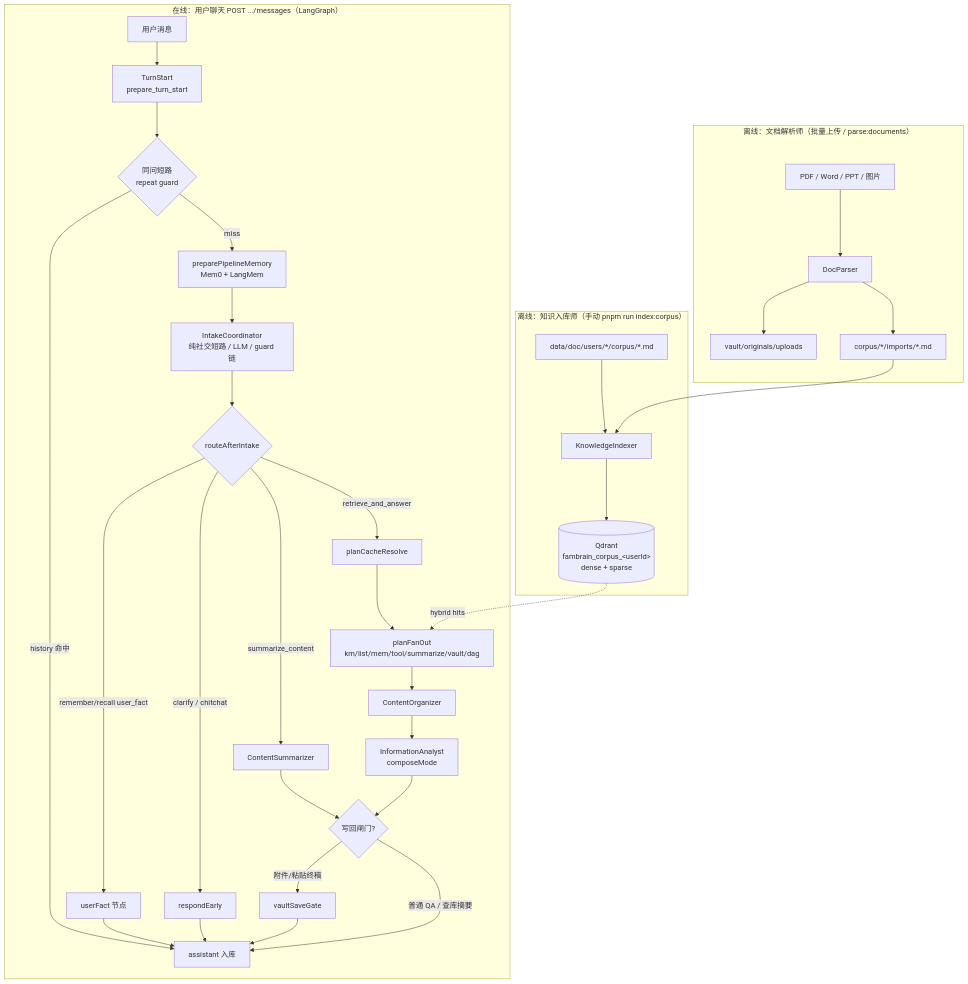
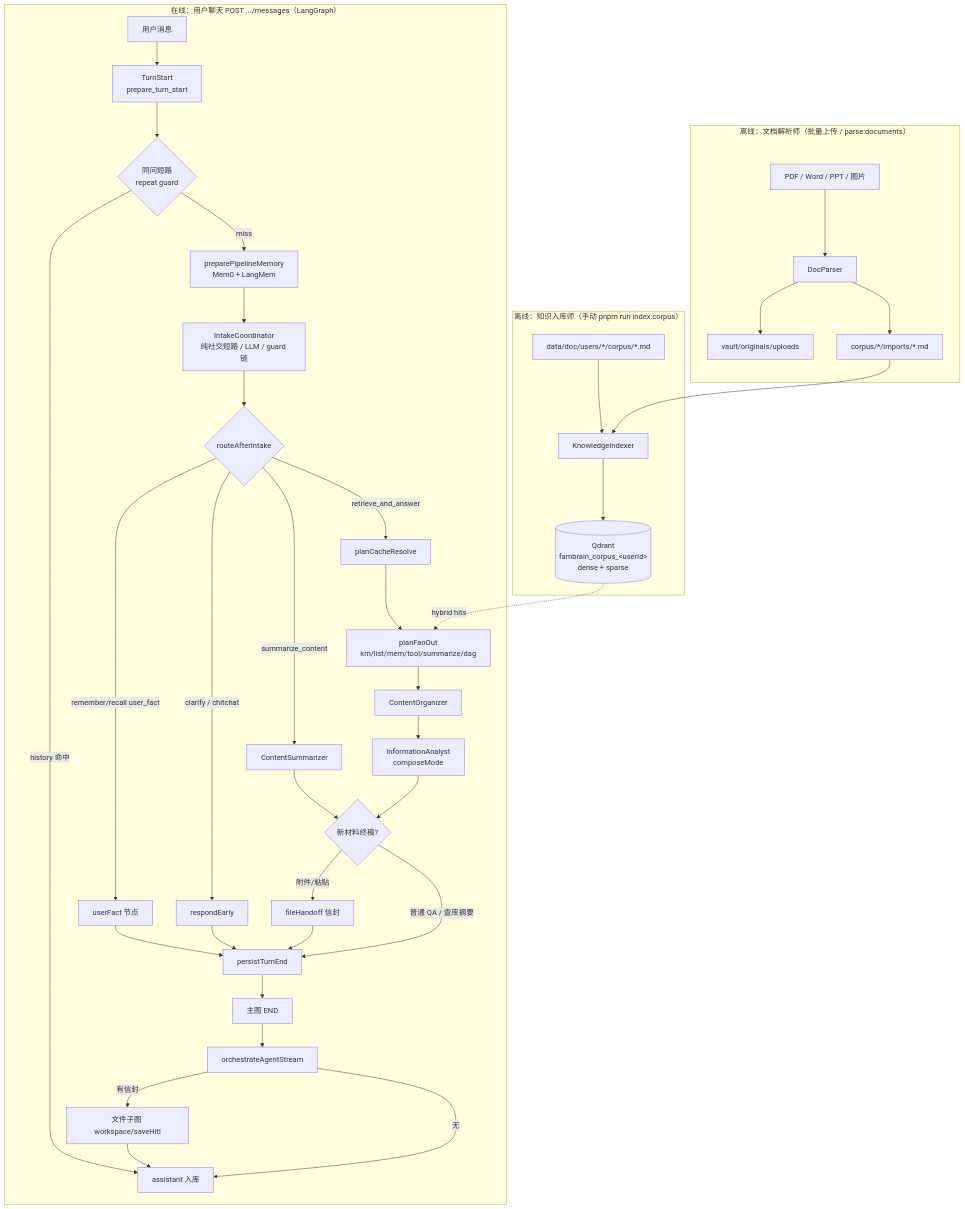
One commit to panzhanfei/agent changed the first of 12 diagrams in docs/02-agent-flows.md. Above: the diagram before and after it, drawn with Mermaid. The commit also changed other lines of this file and 111 other files, not shown here.

First line of the commit message:
文件 HITL 改成主图结束后的平级子线（sideline/file + FileJob）

````diff
--- a/docs/02-agent-flows.md
+++ b/docs/02-agent-flows.md
@@ -63,45 +65,50 @@
 ```mermaid
 flowchart TB
   subgraph offline ["离线：知识入库师（手动 pnpm run index:corpus）"]
     MD["data/doc/users/*/corpus/*.md"]
     KI["KnowledgeIndexer"]
     QD[("Qdrant<br/>fambrain_corpus_&lt;userId&gt;<br/>dense + sparse")]
     MD --> KI --> QD
   end
 
   subgraph ingest ["离线：文档解析师（批量上传 / parse:documents）"]
     UP["PDF / Word / PPT / 图片"]
     DP["DocParser"]
     VAULT["vault/originals/uploads"]
     IMP["corpus/*/imports/*.md"]
     UP --> DP
     DP --> VAULT
     DP --> IMP
     IMP --> KI
   end
 
   subgraph online ["在线：用户聊天 POST .../messages（LangGraph）"]
     U[用户消息] --> PT[TurnStart<br/>prepare_turn_start]
     PT --> REP{同问短路<br/>repeat guard}
     REP -->|history 命中| OUT[assistant 流式输出]
     REP -->|miss| MEM["preparePipelineMemory<br/>Mem0 + LangMem"]
     MEM --> IC[IntakeCoordinator<br/>纯社交短路 / LLM / guard 链]
     IC --> P{routeAfterIntake}
     P -->|remember/recall user_fact| UF[userFact 节点]
     P -->|clarify / chitchat| R1[respondEarly]
     P -->|summarize_content| SUM[ContentSummarizer]
     P -->|retrieve_and_answer| PCR[planCacheResolve]
-    PCR --> PE[planFanOut<br/>km/list/mem/tool/summarize/vault/dag]
+    PCR --> PE[planFanOut<br/>km/list/mem/tool/summarize/dag]
     PE --> CO[ContentOrganizer]
     CO --> IA[InformationAnalyst<br/>composeMode]
-    IA --> GATE{写回闸门?}
+    IA --> GATE{新材料终稿?}
     SUM --> GATE
-    GATE -->|附件/粘贴终稿| VSG[vaultSaveGate]
-    GATE -->|普通 QA / 查库摘要| OUT[assistant 入库]
-    VSG --> OUT
-    UF --> OUT
-    R1 --> OUT
+    GATE -->|附件/粘贴| FH[fileHandoff 信封]
+    GATE -->|普通 QA / 查库摘要| PST[persistTurnEnd]
+    FH --> PST
+    UF --> PST
+    R1 --> PST
+    PST --> END_MAIN[主图 END]
+    END_MAIN --> RT[orchestrateAgentStream]
+    RT -->|有信封| FG[文件子图 workspace/saveHitl]
+    RT -->|无| OUT[assistant 入库]
+    FG --> OUT
   end
 
   QD -.->|hybrid hits| PE
 ```
````
